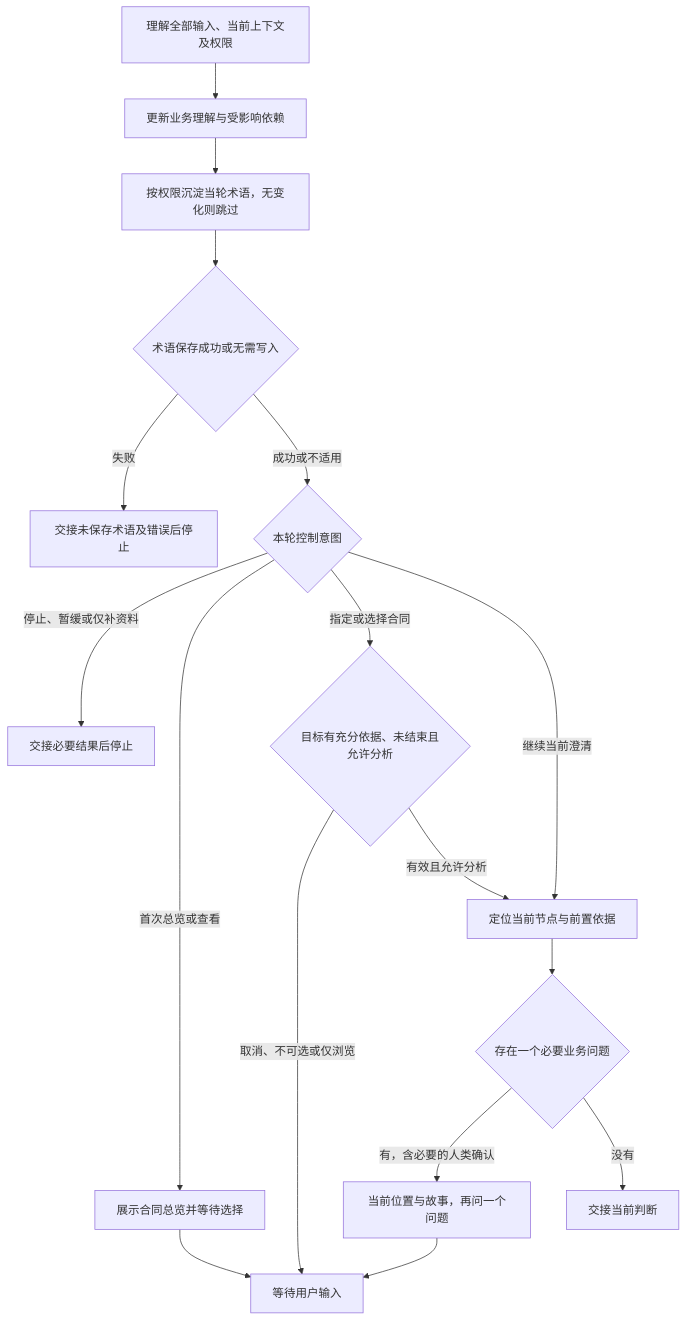
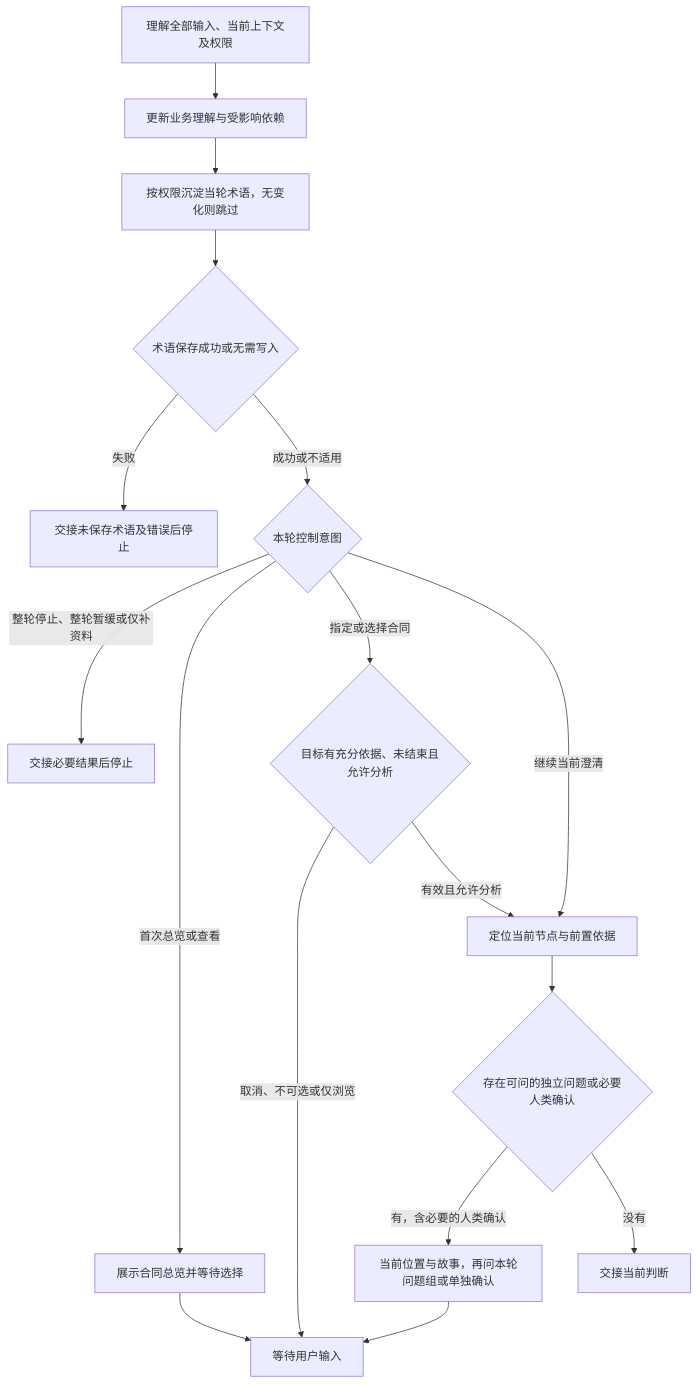
The diagram in .agents/skills/evidence-discovery/references/interview.md (JayClock/Evidence-Framework), drawn with Mermaid before and after one commit. The commit also changed other lines of this file and 47 other files, not shown here.

````diff
--- a/.agents/skills/evidence-discovery/references/interview.md
+++ b/.agents/skills/evidence-discovery/references/interview.md
@@ -9,33 +9,33 @@
 ```mermaid
 flowchart TD
     input[理解全部输入、当前上下文及权限]
     understanding[更新业务理解与受影响依赖]
     language[按权限沉淀当轮术语，无变化则跳过]
     languageSaved{术语保存成功或无需写入}
     control{本轮控制意图}
     navigation[展示合同总览并等待选择]
     selection{目标有充分依据、未结束且允许分析}
     focus[定位当前节点与前置依据]
-    needed{存在一个必要业务问题}
-    question[当前位置与故事，再问一个问题]
+    needed{存在可问的独立问题或必要人类确认}
+    question[当前位置与故事，再问本轮问题组或单独确认]
     failed[交接未保存术语及错误后停止]
     stop[交接必要结果后停止]
     handoff[交接当前判断]
     wait[等待用户输入]
     input --> understanding
     understanding --> language
     language --> languageSaved
     languageSaved -->|失败| failed
     languageSaved -->|成功或不适用| control
-    control -->|停止、暂缓或仅补资料| stop
+    control -->|整轮停止、整轮暂缓或仅补资料| stop
     control -->|首次总览或查看| navigation
     control -->|指定或选择合同| selection
     control -->|继续当前澄清| focus
     navigation --> wait
     selection -->|取消、不可选或仅浏览| wait
     selection -->|有效且允许分析| focus
     focus --> needed
     needed -->|有，含必要的人类确认| question
     needed -->|没有| handoff
     question --> wait
 ```
````
